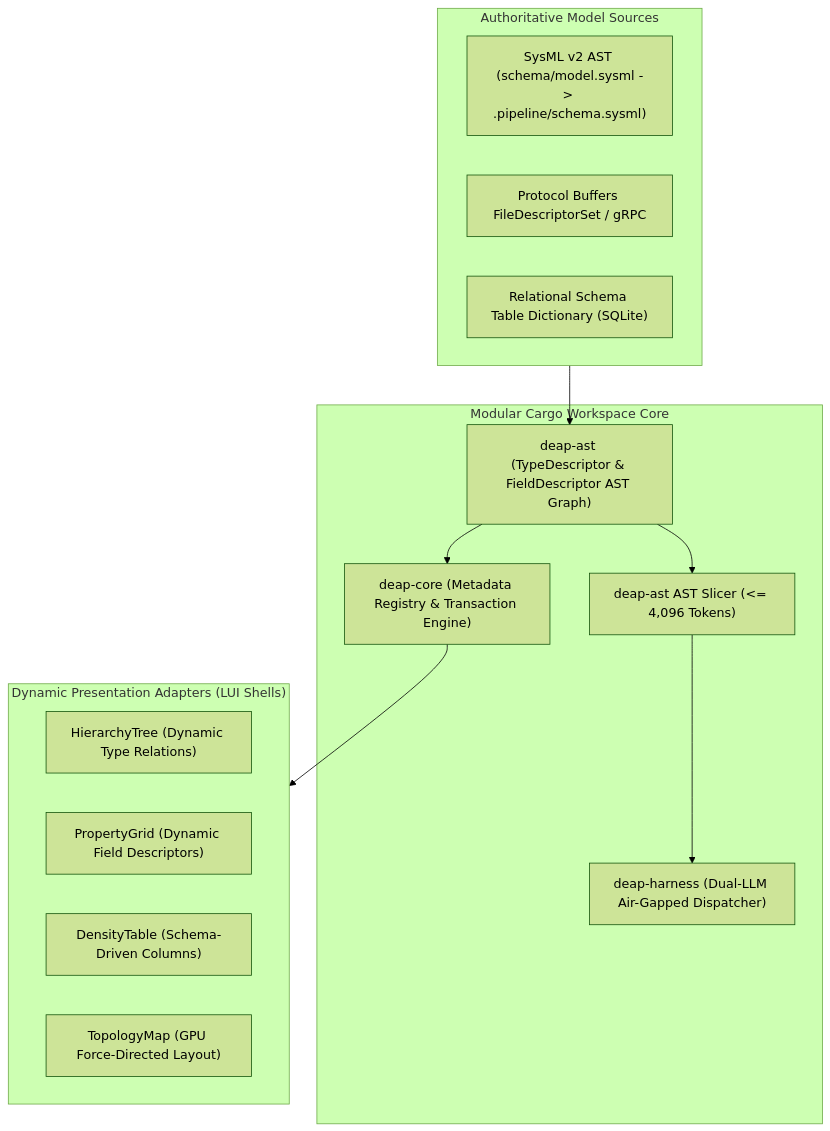
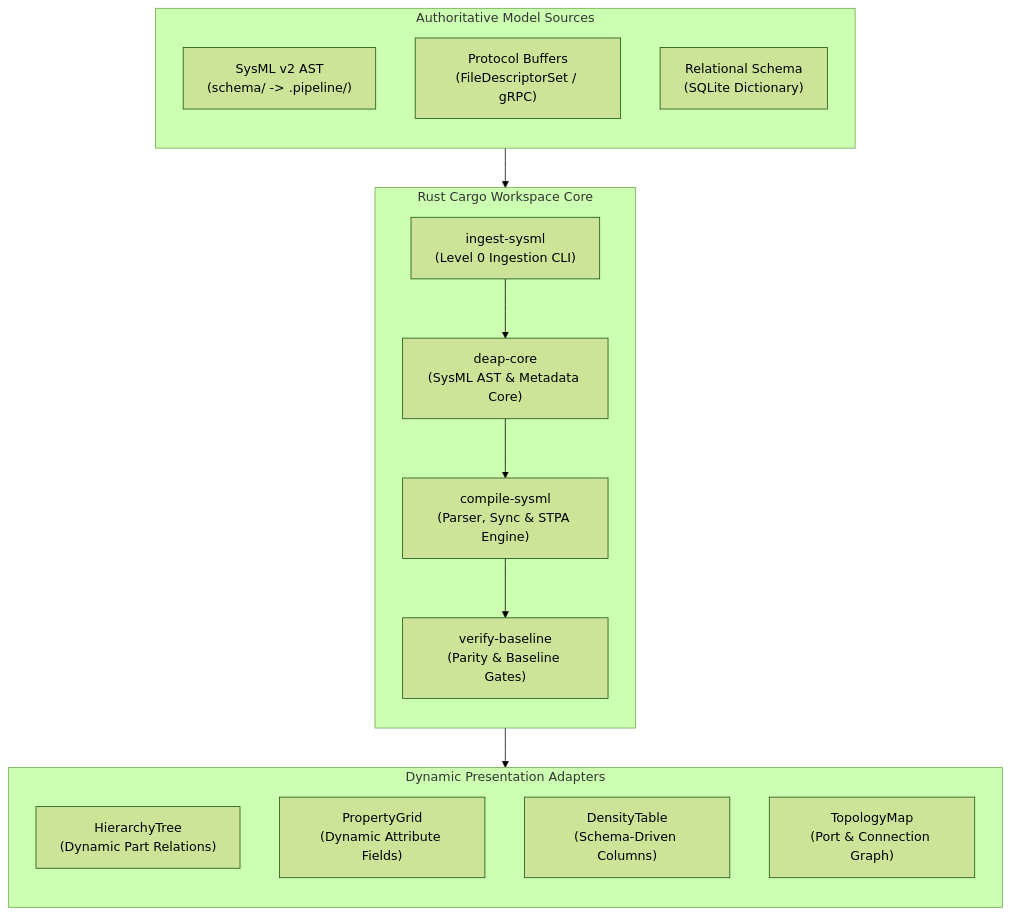
The diagram in docs/architecture/blueprints/RUNTIME_METADATA_ENGINE.md (gintatkinson/DEAP01-spec-core), drawn with Mermaid (forest theme) before and after one commit. The commit also changed other lines of this file and 28 other files, not shown here.

Commit message:
feat(verify-baseline,deap-core,compile-sysml): implement Option C blueprint capabilities and Check 37 blueprint grounding gate

````diff
--- a/docs/architecture/blueprints/RUNTIME_METADATA_ENGINE.md
+++ b/docs/architecture/blueprints/RUNTIME_METADATA_ENGINE.md
@@ -38,28 +38,31 @@
 ```mermaid
 flowchart TD
     subgraph ModelSource ["Authoritative Model Sources"]
-        SysMLAST["SysML v2 AST (schema/model.sysml -> .pipeline/schema.sysml)"]
-        ProtoReflect["Protocol Buffers FileDescriptorSet / gRPC"]
-        RelationalDict["Relational Schema Table Dictionary (SQLite)"]
+        direction TB
+        SysMLAST["SysML v2 AST<br/>(schema/ -> .pipeline/)"]
+        ProtoReflect["Protocol Buffers<br/>(FileDescriptorSet / gRPC)"]
+        RelationalDict["Relational Schema<br/>(SQLite Dictionary)"]
     end
 
-    subgraph RustWorkspace ["Modular Cargo Workspace Core"]
-        CoreCrate["deap-core (Metadata Registry & Transaction Engine)"]
-        AstCrate["deap-ast (TypeDescriptor & FieldDescriptor AST Graph)"]
-        SlicerCrate["deap-ast AST Slicer (<= 4,096 Tokens)"]
-        HarnessCrate["deap-harness (Dual-LLM Air-Gapped Dispatcher)"]
+    subgraph RustWorkspace ["Rust Cargo Workspace Core"]
+        direction TB
+        IngestCrate["ingest-sysml<br/>(Level 0 Ingestion CLI)"]
+        CoreCrate["deap-core<br/>(SysML AST & Metadata Core)"]
+        CompileCrate["compile-sysml<br/>(Parser, Sync & STPA Engine)"]
+        VerifyCrate["verify-baseline<br/>(Parity & Baseline Gates)"]
     end
 
-    subgraph ClientAdapters ["Dynamic Presentation Adapters (LUI Shells)"]
-        TreeWidget["HierarchyTree (Dynamic Type Relations)"]
-        GridWidget["PropertyGrid (Dynamic Field Descriptors)"]
-        TableWidget["DensityTable (Schema-Driven Columns)"]
-        MapWidget["TopologyMap (GPU Force-Directed Layout)"]
+    subgraph ClientAdapters ["Dynamic Presentation Adapters"]
+        direction TB
+        TreeWidget["HierarchyTree<br/>(Dynamic Part Relations)"]
+        GridWidget["PropertyGrid<br/>(Dynamic Attribute Fields)"]
+        TableWidget["DensityTable<br/>(Schema-Driven Columns)"]
+        MapWidget["TopologyMap<br/>(Port & Connection Graph)"]
     end
 
-    ModelSource --> AstCrate
-    AstCrate --> CoreCrate
-    AstCrate --> SlicerCrate
-    SlicerCrate --> HarnessCrate
+    ModelSource --> IngestCrate
+    IngestCrate --> CoreCrate
+    CoreCrate --> CompileCrate
+    CompileCrate --> VerifyCrate
     CoreCrate --> ClientAdapters
 ```
````
